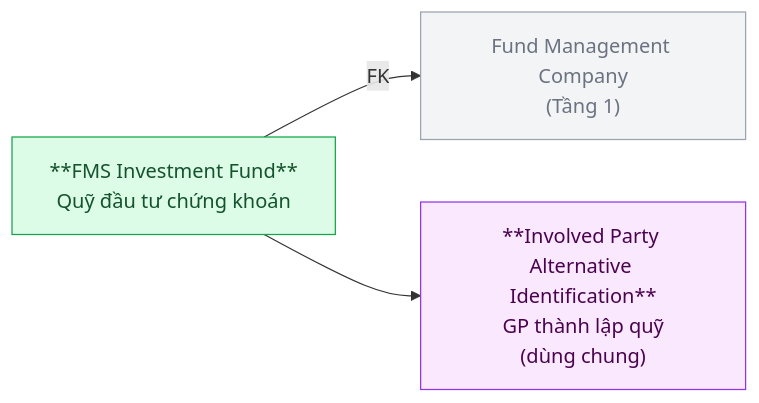
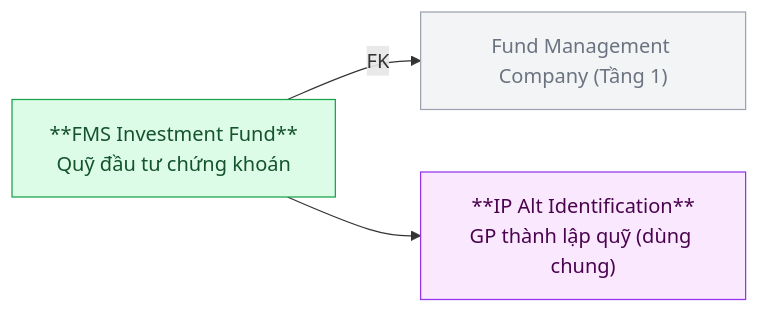
The second of 16 diagrams in Silver/hld/FMS_HLD_Tier2.md (linhlvit/ubck_atomic_design), drawn with Mermaid before and after one commit. The commit also changed other lines of this file and 1 other file, not shown here.

````diff
--- a/Silver/hld/FMS_HLD_Tier2.md
+++ b/Silver/hld/FMS_HLD_Tier2.md
@@ -40,13 +38,13 @@
 ```mermaid
 graph LR
     classDef silver fill:#dcfce7,stroke:#16a34a,color:#14532d
     classDef shared fill:#fae8ff,stroke:#9333ea,color:#4a044e
     classDef refnode fill:#f3f4f6,stroke:#9ca3af,color:#6b7280
 
-    FMC["Fund Management Company\n(Tầng 1)"]:::refnode
+    FMC["Fund Management Company (Tầng 1)"]:::refnode
     FUND["**FMS Investment Fund**\nQuỹ đầu tư chứng khoán"]:::silver
-    ALTID["**Involved Party Alternative Identification**\nGP thành lập quỹ\n(dùng chung)"]:::shared
+    ALTID["**IP Alt Identification**\nGP thành lập quỹ (dùng chung)"]:::shared
 
     FUND -->|FK| FMC
     FUND --> ALTID
 ```
````
